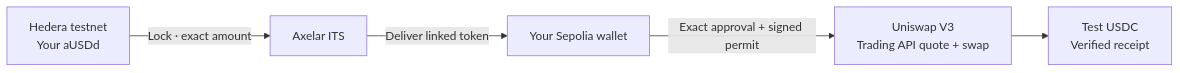
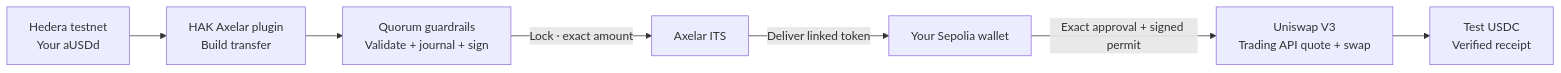
One commit to jmgomezl/aivy-parametric-pool changed the second of 3 diagrams in README.md. Above: the diagram before and after it, drawn with Mermaid. The commit also changed other lines of this file and 8 other files, not shown here.

Commit message:
Integrate HAK Axelar plugin in guarded testnet bridge construction

````diff
--- a/README.md
+++ b/README.md
@@ -104,7 +104,9 @@
 ```mermaid
 flowchart LR
-  H["Hedera testnet<br/>Your aUSDd"] -->|"Lock · exact amount"| A["Axelar ITS"]
+  H["Hedera testnet<br/>Your aUSDd"] --> P["HAK Axelar plugin<br/>Build transfer"]
+  P --> G["Quorum guardrails<br/>Validate + journal + sign"]
+  G -->|"Lock · exact amount"| A["Axelar ITS"]
   A -->|"Deliver linked token"| E["Your Sepolia wallet"]
   E -->|"Exact approval + signed permit"| U["Uniswap V3<br/>Trading API quote + swap"]
   U --> R["Test USDC<br/>Verified receipt"]
 ```
````
